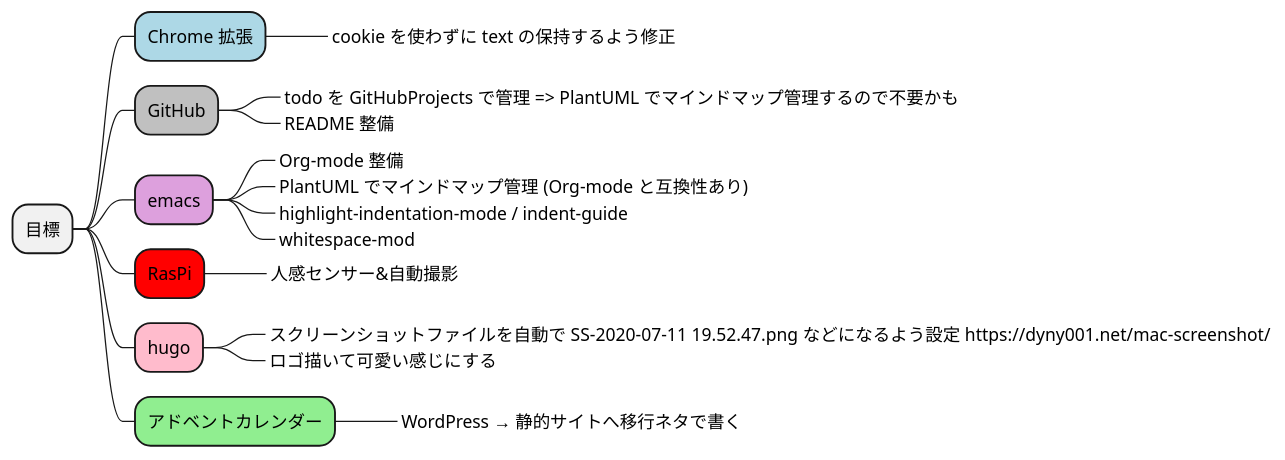
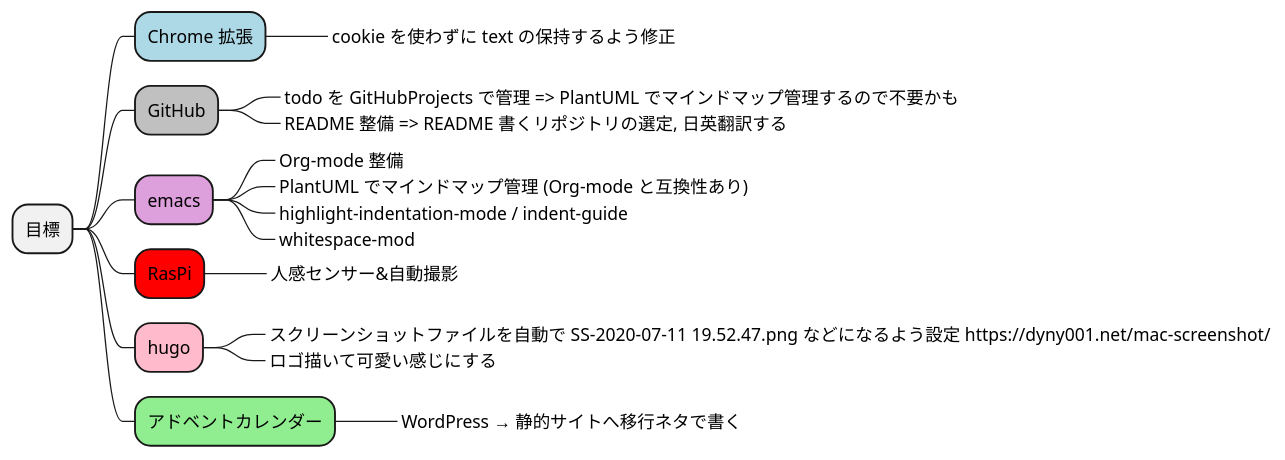
The diagram in test.puml (Ishizuka427/MindMap), drawn with PlantUML before and after one commit.

```diff
--- a/test.puml
+++ b/test.puml
@@ -1,20 +1,20 @@
 @startmindmap
 * 目標
 **[#lightblue] Chrome 拡張
 ***_ cookie を使わずに text の保持するよう修正
 **[#silver] GitHub
 ***_ todo を GitHubProjects で管理 => PlantUML でマインドマップ管理するので不要かも
-***_ README 整備
+***_ README 整備 => README 書くリポジトリの選定, 日英翻訳する
 **[#plum] emacs
 ***_ Org-mode 整備
 ***_ PlantUML でマインドマップ管理 (Org-mode と互換性あり)
 ***_ highlight-indentation-mode / indent-guide
 ***_ whitespace-mod
 **[#red] RasPi
 ***_ 人感センサー&自動撮影
 **[#FFBBCC] hugo
 ***_ スクリーンショットファイルを自動で SS-2020-07-11 19.52.47.png などになるよう設定 https://dyny001.net/mac-screenshot/
 ***_ ロゴ描いて可愛い感じにする
 **[#lightgreen] アドベントカレンダー
 ***_ WordPress → 静的サイトへ移行ネタで書く
 @endmindmap
```
